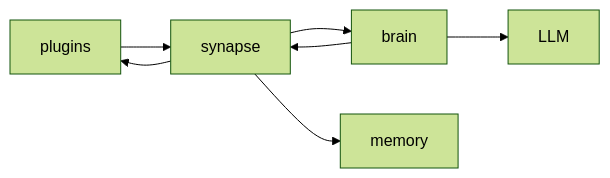
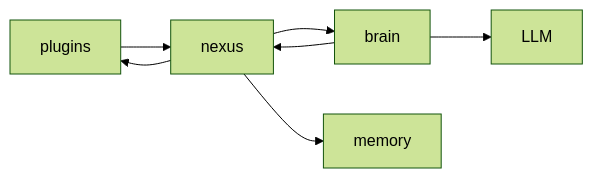
One commit to tamakara/aichan changed the diagram in docs/system-design.md. Above: the diagram before and after it, drawn with Mermaid (forest theme). The commit also changed other lines of this file and 17 other files, not shown here.

````diff
--- a/docs/system-design.md
+++ b/docs/system-design.md
@@ -62,15 +62,15 @@
 ```mermaid
 flowchart LR
     P[plugins]
-    S[synapse]
+    S[nexus]
     B[brain]
     M[memory]
     L[LLM]
 
     P --> S
     S --> P
     S --> M
     S --> B
     B --> L
     B --> S
 ```
````
